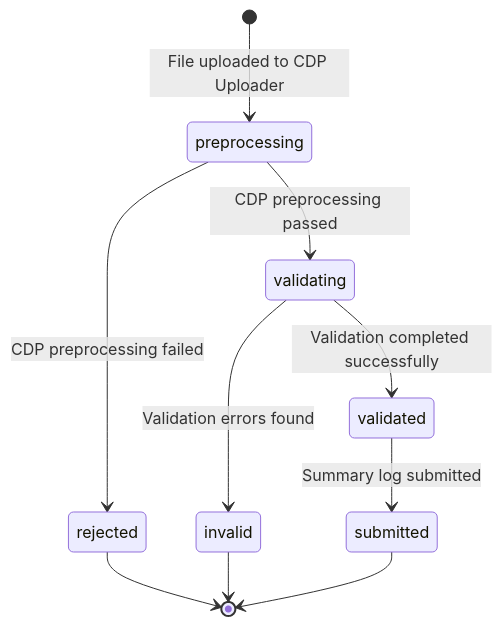
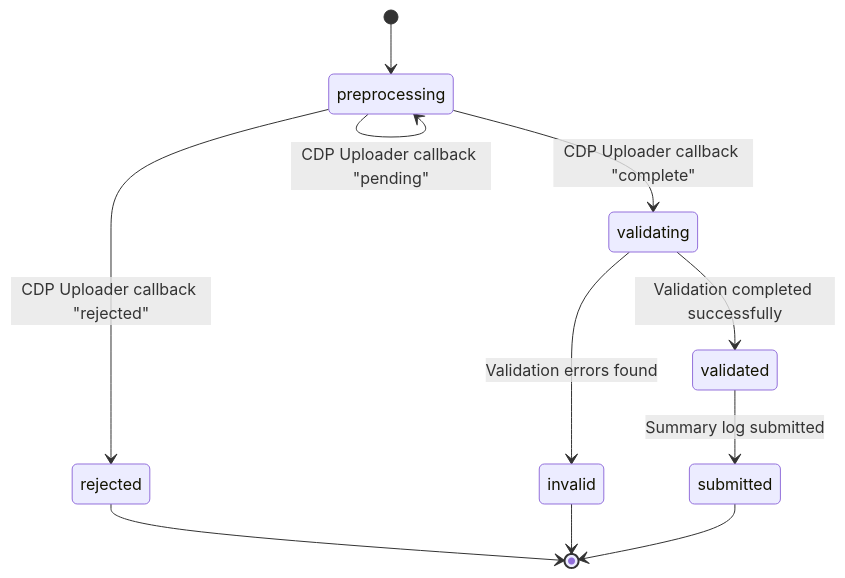
One commit to DEFRA/epr-backend changed the third of 10 diagrams in docs/architecture/discovery/pepr-hld.md. Above: the diagram before and after it, drawn with Mermaid.

Commit message:
docs: clarify CDP Uploader callback transitions in state diagram
Updated the Summary Log state diagram to explicitly indicate that
state transitions are triggered by CDP Uploader callbacks rather
than generic CDP callbacks, improving clarity for developers.

````diff
--- a/docs/architecture/discovery/pepr-hld.md
+++ b/docs/architecture/discovery/pepr-hld.md
@@ -247,12 +247,13 @@
 ```mermaid
 stateDiagram-v2
-    [*] --> preprocessing: File uploaded to CDP Uploader
-    preprocessing --> rejected: CDP preprocessing failed
-    preprocessing --> validating: CDP preprocessing passed
+    [*] --> preprocessing
+    preprocessing --> preprocessing: CDP Uploader callback "pending"
+    preprocessing --> rejected: CDP Uploader callback "rejected"
+    preprocessing --> validating: CDP Uploader callback "complete"
     validating --> invalid: Validation errors found
     validating --> validated: Validation completed successfully
     validated --> submitted: Summary log submitted
     rejected --> [*]
     invalid --> [*]
     submitted --> [*]
 ```
````
